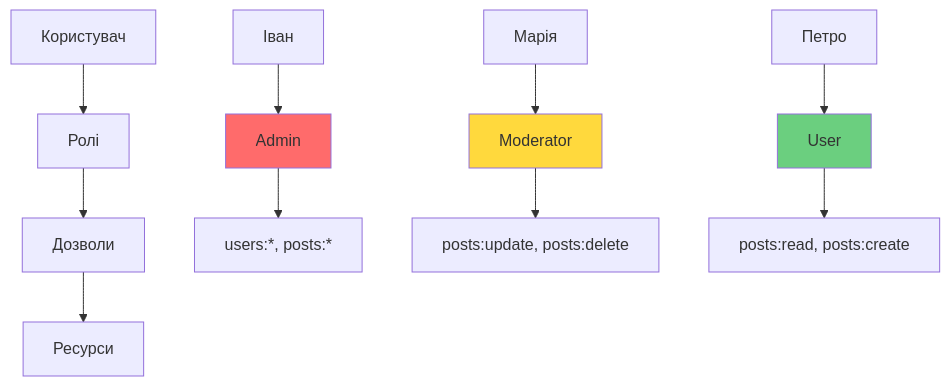
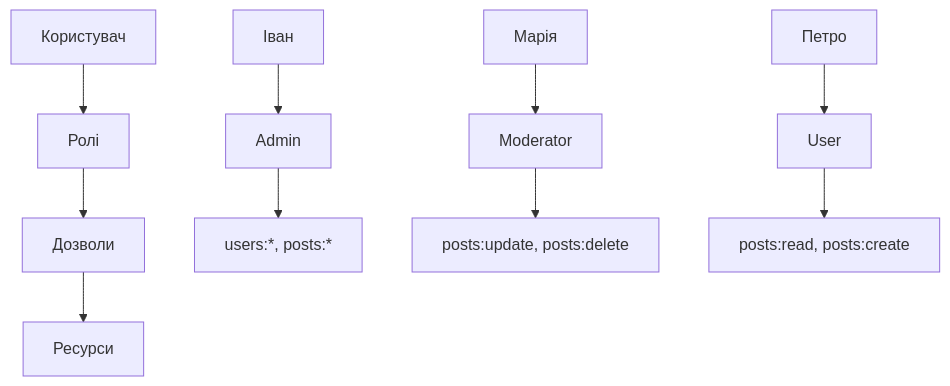
One commit to olroi421/course-web changed the fifth of 8 diagrams in docs/presentations/presentation-07.md. Above: the diagram before and after it, drawn with Mermaid. The commit also changed other lines of this file and 1 other file, not shown here.

````diff
--- a/docs/presentations/presentation-07.md
+++ b/docs/presentations/presentation-07.md
@@ -201,18 +197,15 @@
 ```mermaid
 graph TD
     A[Користувач] --> B[Ролі]
     B --> C[Дозволи]
     C --> D[Ресурси]
 
     A1[Іван] --> B1[Admin]
     A2[Марія] --> B2[Moderator]
     A3[Петро] --> B3[User]
 
     B1 --> C1["users:*, posts:*"]
     B2 --> C2["posts:update, posts:delete"]
     B3 --> C3["posts:read, posts:create"]
 
-    style B1 fill:#ff6b6b
-    style B2 fill:#ffd93d
-    style B3 fill:#6bcf7f
 ```
````
